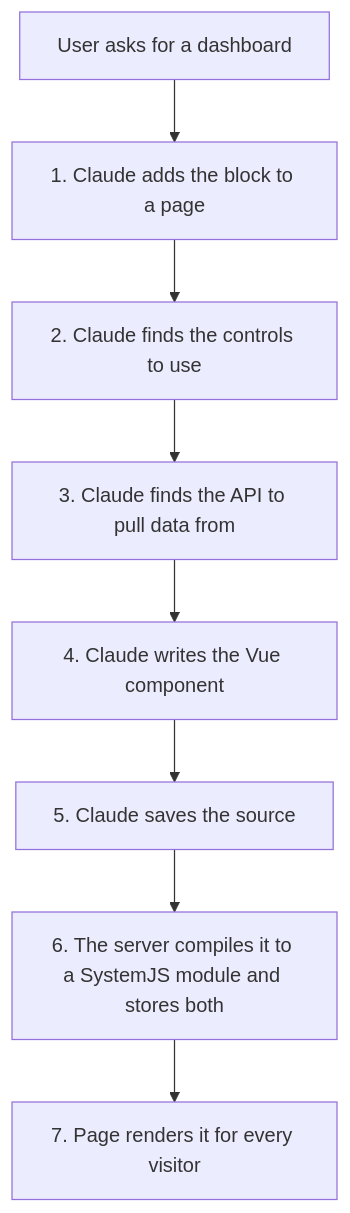
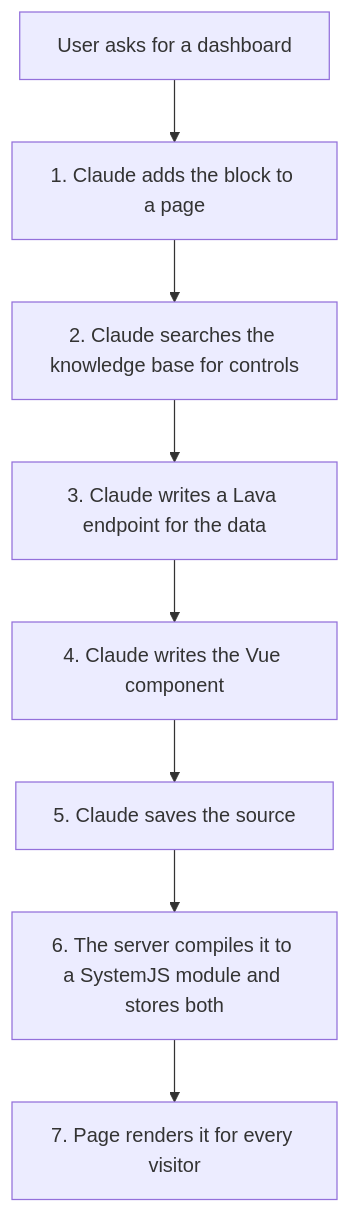
One commit to SparkDevNetwork/Rock changed the diagram in docs/cms/obsidian-content.md. Above: the diagram before and after it, drawn with Mermaid. The commit also changed other lines of this file, not shown here.

Commit message:
- Updated the Obsidian Content doc for knowledge-base control discovery and the Lava endpoint data flow.

````diff
--- a/docs/cms/obsidian-content.md
+++ b/docs/cms/obsidian-content.md
@@ -33,10 +35,10 @@
 ```mermaid
 flowchart TD
     A["User asks for a dashboard"] --> B["1. Claude adds the block to a page"]
-    B --> C["2. Claude finds the controls to use"]
-    C --> D["3. Claude finds the API to pull data from"]
+    B --> C["2. Claude searches the knowledge base for controls"]
+    C --> D["3. Claude writes a Lava endpoint for the data"]
     D --> E["4. Claude writes the Vue component"]
     E --> F["5. Claude saves the source"]
     F --> G["6. The server compiles it to a SystemJS module and stores both"]
     G --> H["7. Page renders it for every visitor"]
 ```
````
